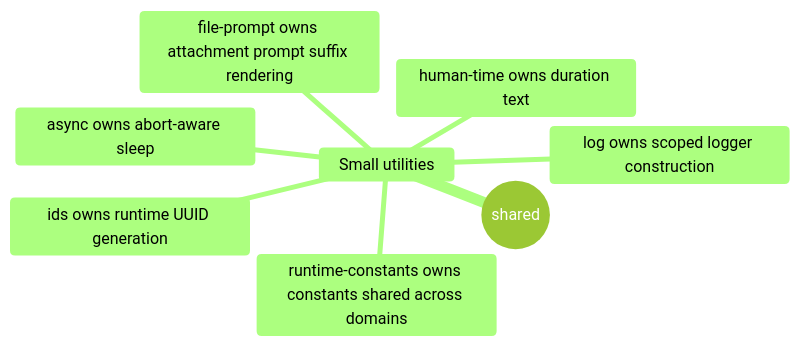
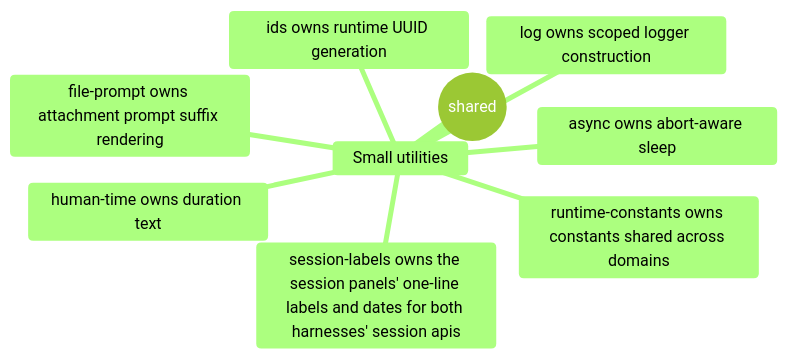
Before and after one commit to eaucoin/alasio: the first of 3 diagrams in src/shared/README.md, drawn with Mermaid (forest theme). The commit also changed 45 other files, not shown here.

````diff
--- a/src/shared/README.md
+++ b/src/shared/README.md
@@ -2,11 +2,12 @@
 ```mermaid
 mindmap
   root((shared))
     Small utilities
       async owns abort-aware sleep
       file-prompt owns attachment prompt suffix rendering
       human-time owns duration text
       ids owns runtime UUID generation
       log owns scoped logger construction
       runtime-constants owns constants shared across domains
+      session-labels owns the session panels' one-line labels and dates for both harnesses' session apis
 ```
````
